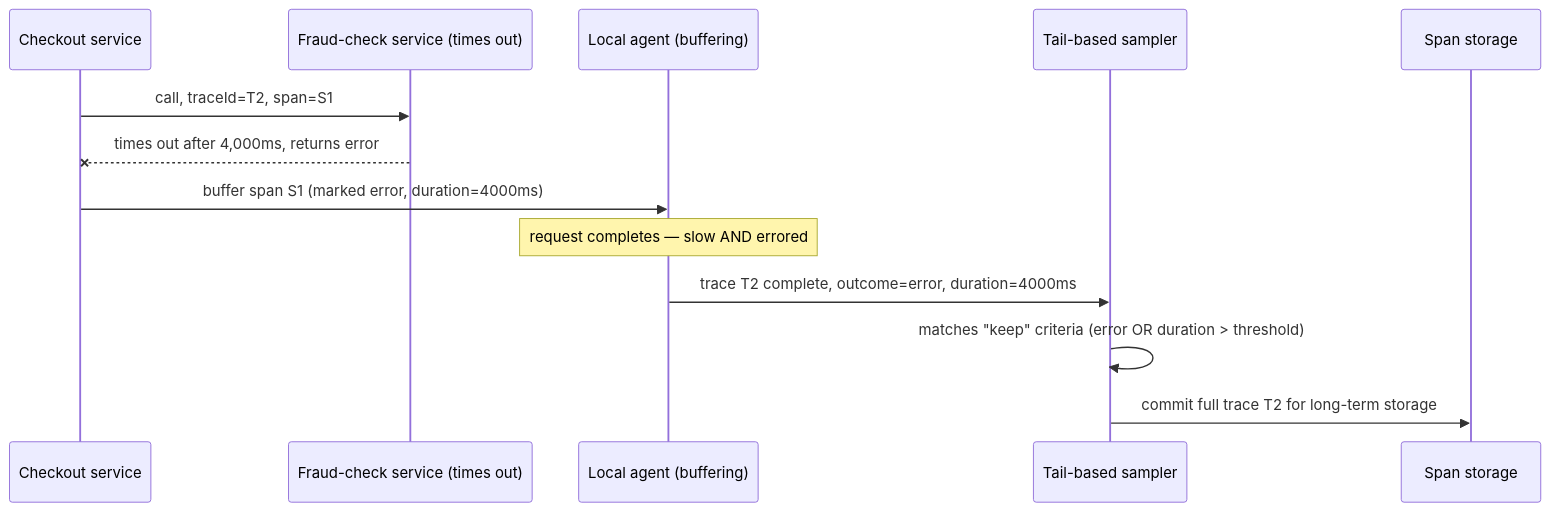
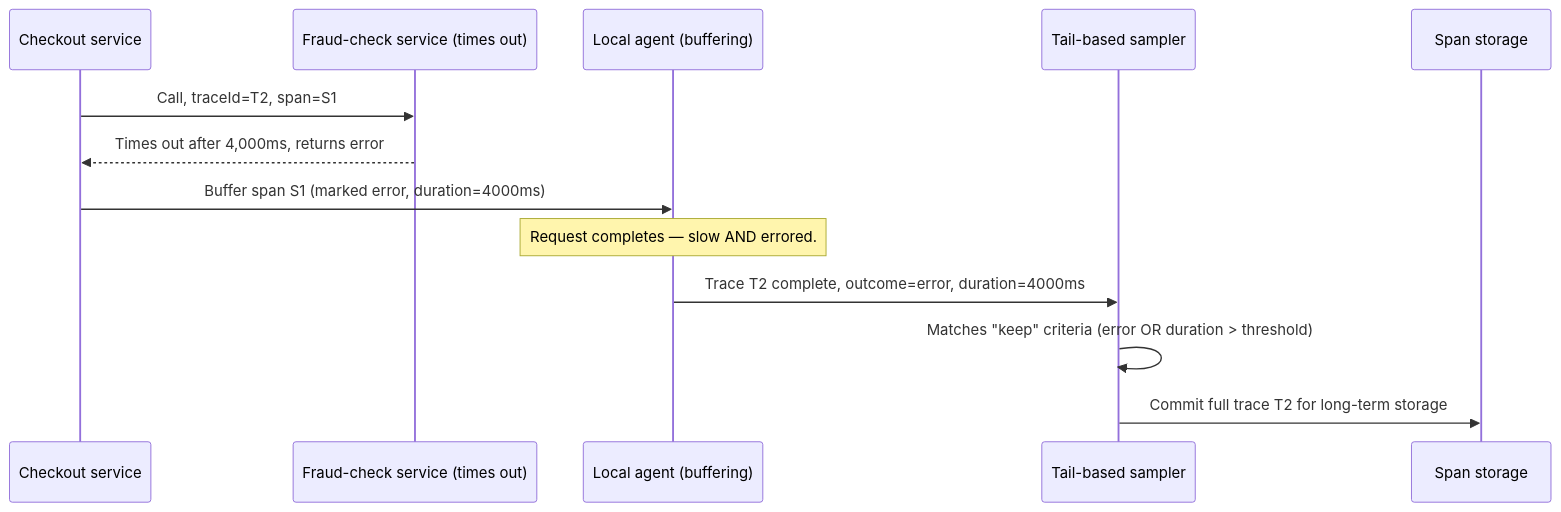
One commit to riyaz-pasha/Learnings changed the tenth of 15 diagrams in system-design/HLD/0-course/57-Design-a-Distributed-Tracing-System-FAANG-Guide-story.md. Above: the diagram before and after it, drawn with Mermaid. The commit also changed other lines of this file and 1 other file, not shown here.

Commit message:
[REWRITE] Distributed Tracing System story guide: simplify prose, add structure, fix diagrams

````diff
--- a/system-design/HLD/0-course/57-Design-a-Distributed-Tracing-System-FAANG-Guide-story.md
+++ b/system-design/HLD/0-course/57-Design-a-Distributed-Tracing-System-FAANG-Guide-story.md
@@ -189,15 +422,15 @@
 ```mermaid
 sequenceDiagram
     participant SvcA as Checkout service
     participant SvcC as Fraud-check service (times out)
     participant Agent as Local agent (buffering)
     participant Sampler as Tail-based sampler
     participant Store as Span storage
-    SvcA->>SvcC: call, traceId=T2, span=S1
-    SvcC--xSvcA: times out after 4,000ms, returns error
-    SvcA->>Agent: buffer span S1 (marked error, duration=4000ms)
-    Note over Agent: request completes — slow AND errored
-    Agent->>Sampler: trace T2 complete, outcome=error, duration=4000ms
-    Sampler->>Sampler: matches "keep" criteria (error OR duration > threshold)
-    Sampler->>Store: commit full trace T2 for long-term storage
+    SvcA->>SvcC: Call, traceId=T2, span=S1
+    SvcC-->>SvcA: Times out after 4,000ms, returns error
+    SvcA->>Agent: Buffer span S1 (marked error, duration=4000ms)
+    Note over Agent: Request completes — slow AND errored.
+    Agent->>Sampler: Trace T2 complete, outcome=error, duration=4000ms
+    Sampler->>Sampler: Matches "keep" criteria (error OR duration > threshold)
+    Sampler->>Store: Commit full trace T2 for long-term storage
 ```
````
